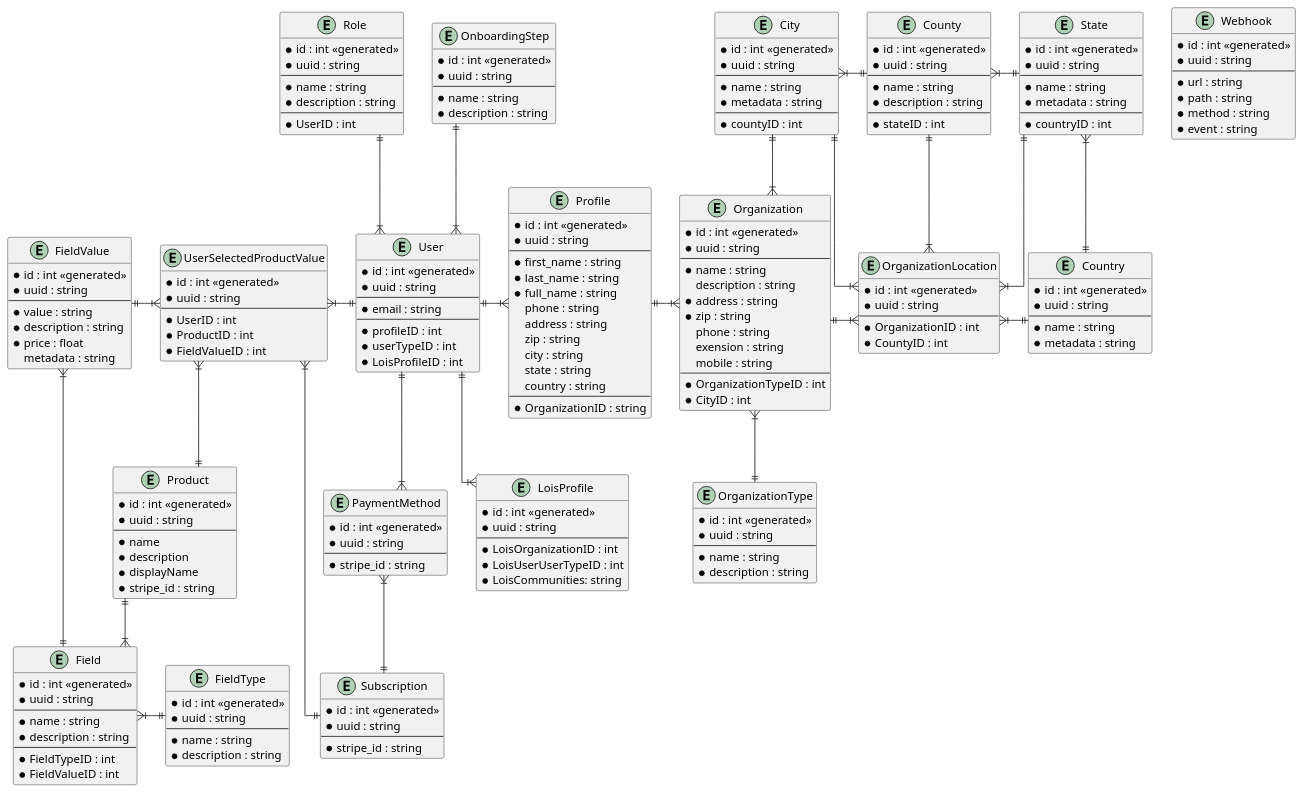
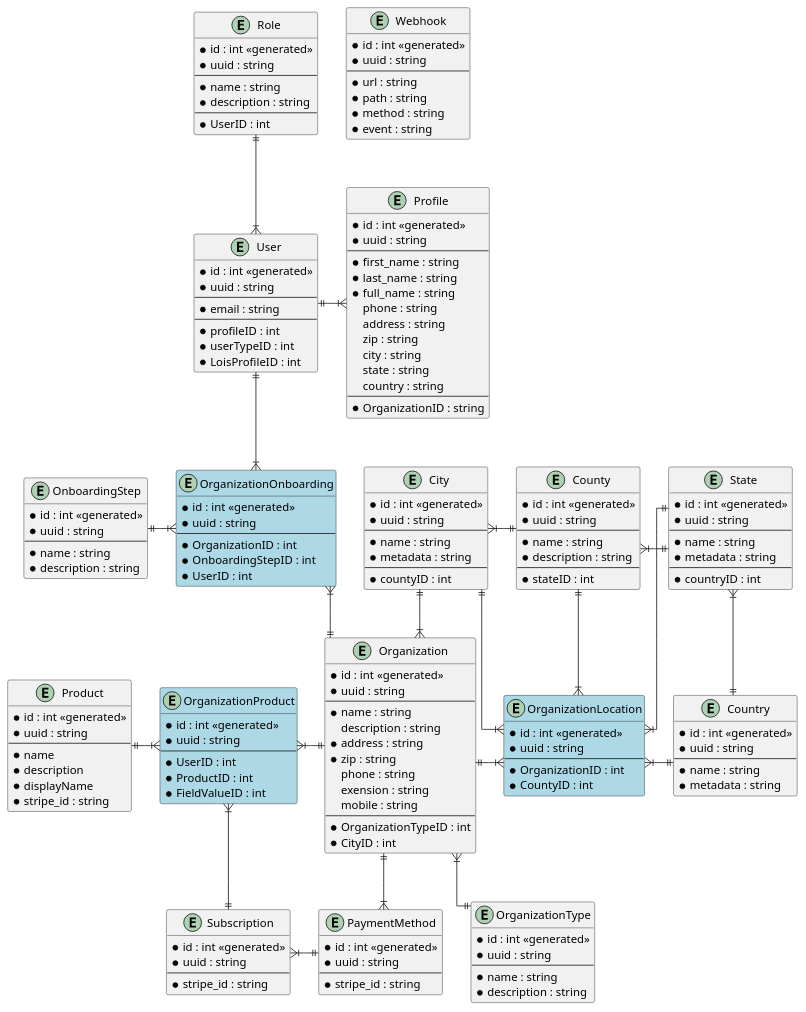
One commit to acorrea-designli/strata-backend-docs changed the diagram in docs/architecture/erd.mdx. Above: the diagram before and after it, drawn with PlantUML. The commit also changed 1 other file, not shown here.

Commit message:
feat: REST login and erd

````diff
--- a/docs/architecture/erd.mdx
+++ b/docs/architecture/erd.mdx
@@ -16,15 +16,6 @@
 	* profileID : int
 	* userTypeID : int
 	* LoisProfileID : int
-}
-
-entity LoisProfile {
-	* id : int <<generated>>
-	* uuid : string
-	--
-	* LoisOrganizationID : int
-	* LoisUserUserTypeID : int
-	* LoisCommunities: string
 }
 
 entity Profile {
@@ -98,7 +89,7 @@
 	* metadata : string
 }
 
-entity OrganizationLocation {
+entity OrganizationLocation #LightBlue {
 	* id : int <<generated>>
 	* uuid : string
 	--
@@ -158,35 +149,6 @@
 	* stripe_id : string
 }
 
-entity Field {
-	* id : int <<generated>>
-	* uuid : string
-	--
-	* name : string
-	* description : string
-	--
-	* FieldTypeID : int
-	* FieldValueID : int
-}
-
-entity FieldType {
-	* id : int <<generated>>
-	* uuid : string
-	--
-	* name : string
-	* description : string
-}
-
-entity FieldValue {
-	* id : int <<generated>>
-	* uuid : string
-	--
-	* value : string
-	* description : string
-	* price : float
-	metadata : string
-}
-
 entity OnboardingStep {
 	* id : int <<generated>>
 	* uuid : string
@@ -195,7 +157,7 @@
 	* description : string
 }
 
-entity UserSelectedProductValue { 
+entity OrganizationProduct #LightBlue { 
 	* id : int <<generated>>
 	* uuid : string
 	--
@@ -204,17 +166,27 @@
 	* FieldValueID : int
 }
 
+entity OrganizationOnboarding #LightBlue {
+	* id : int <<generated>>
+	* uuid : string
+	--
+	* OrganizationID : int
+	* OnboardingStepID : int
+	* UserID : int
+}
+
 Role ||--|{ User
 
 User ||-right-|{ Profile
-User ||--|{ LoisProfile
 
-User ||--|{ PaymentMethod
+Organization ||-down-|{ PaymentMethod
 
-OnboardingStep ||--|{ User
+Organization ||-up-|{ OrganizationOnboarding
+OnboardingStep ||-right-|{ OrganizationOnboarding
+User ||-down-|{ OrganizationOnboarding
 
-Profile ||-right-|{ Organization
 OrganizationType ||-up-|{ Organization
+OrganizationType -l[hidden]- PaymentMethod
 
 Organization ||-right-|{ OrganizationLocation
 City ||--|{ Organization
@@ -229,19 +201,12 @@
 County ||-left-|{ City
 
 
-Subscription ||-up-|{ PaymentMethod
+Subscription }|-right-|| PaymentMethod
 
-Product ||-down-|{ Field
-
-FieldType ||-left-|{ Field
-FieldValue }|-right-|| Field
+Organization ||-left-|{ OrganizationProduct
+Product ||-right-|{ OrganizationProduct
 
 
-User ||-left-|{ UserSelectedProductValue
-Product ||-up-|{ UserSelectedProductValue
-FieldValue ||-right-|{ UserSelectedProductValue
-
-
-Subscription ||--|{ UserSelectedProductValue
+Subscription ||-up-|{ OrganizationProduct
 
 ```
````
